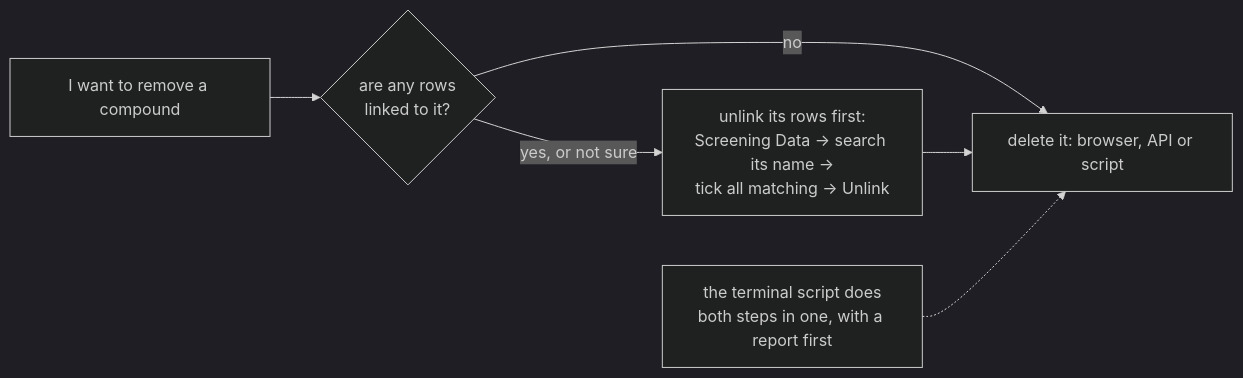
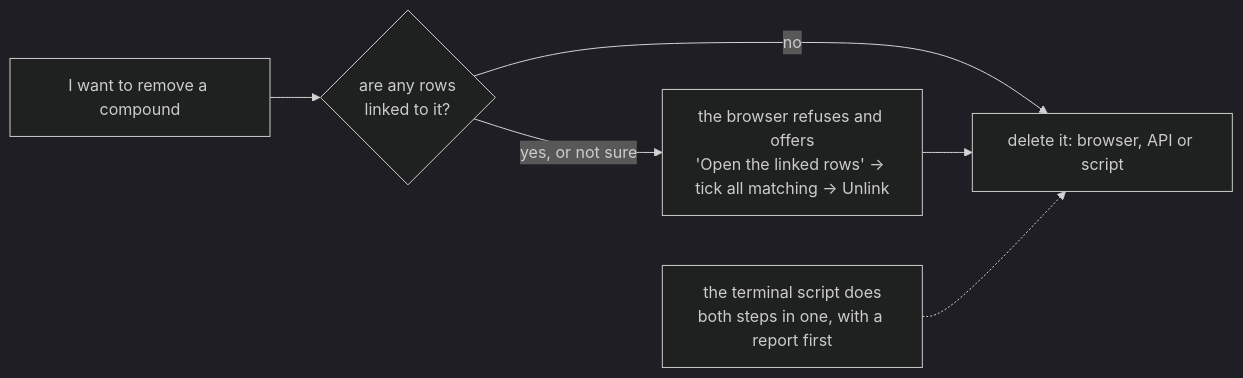
One commit to akannan2987/nr-nips-crucible changed the second of 2 diagrams in docs/10-user-playbook.md. Above: the diagram before and after it, drawn with Mermaid (dark theme). The commit also changed other lines of this file and 21 other files, not shown here.

First line of the commit message:
Refuse to delete a compound with linked rows; unlink first when forced

````diff
--- a/docs/10-user-playbook.md
+++ b/docs/10-user-playbook.md
@@ -680,8 +679,8 @@
 ```mermaid
 flowchart LR
     A["I want to remove a compound"] --> Q{"are any rows<br/>linked to it?"}
     Q -- "no" --> D["delete it: browser, API or script"]
-    Q -- "yes, or not sure" --> U["unlink its rows first:<br/>Screening Data → search its name →<br/>tick all matching → Unlink"]
+    Q -- "yes, or not sure" --> U["the browser refuses and offers<br/>'Open the linked rows' → tick all matching → Unlink"]
     U --> D
     S["the terminal script does<br/>both steps in one, with a report first"] -.-> D
 ```
````
